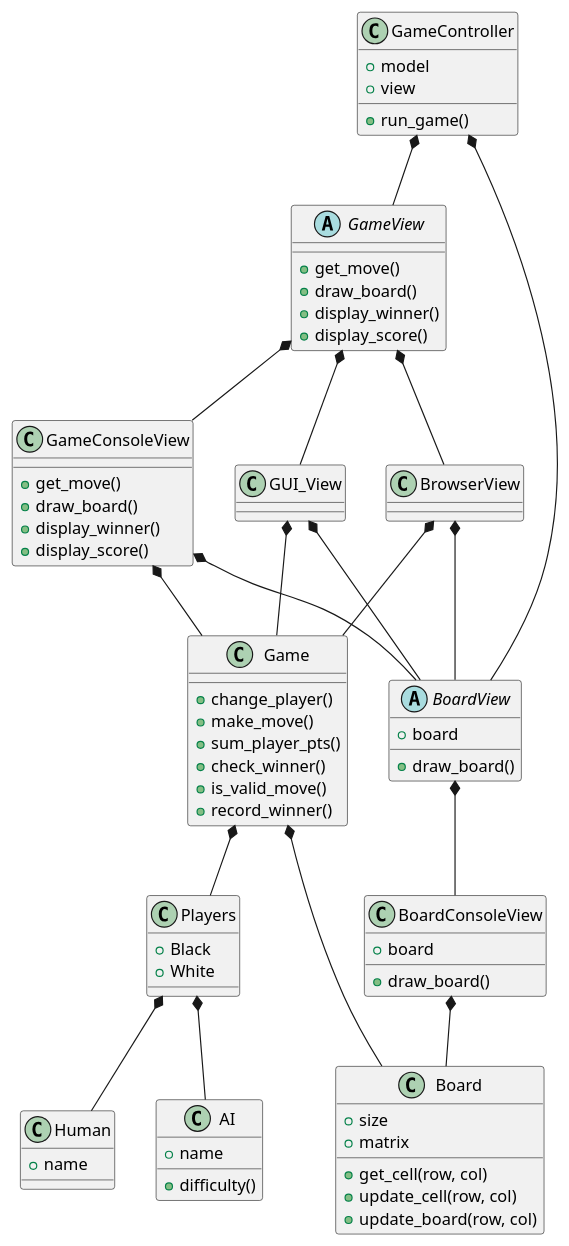
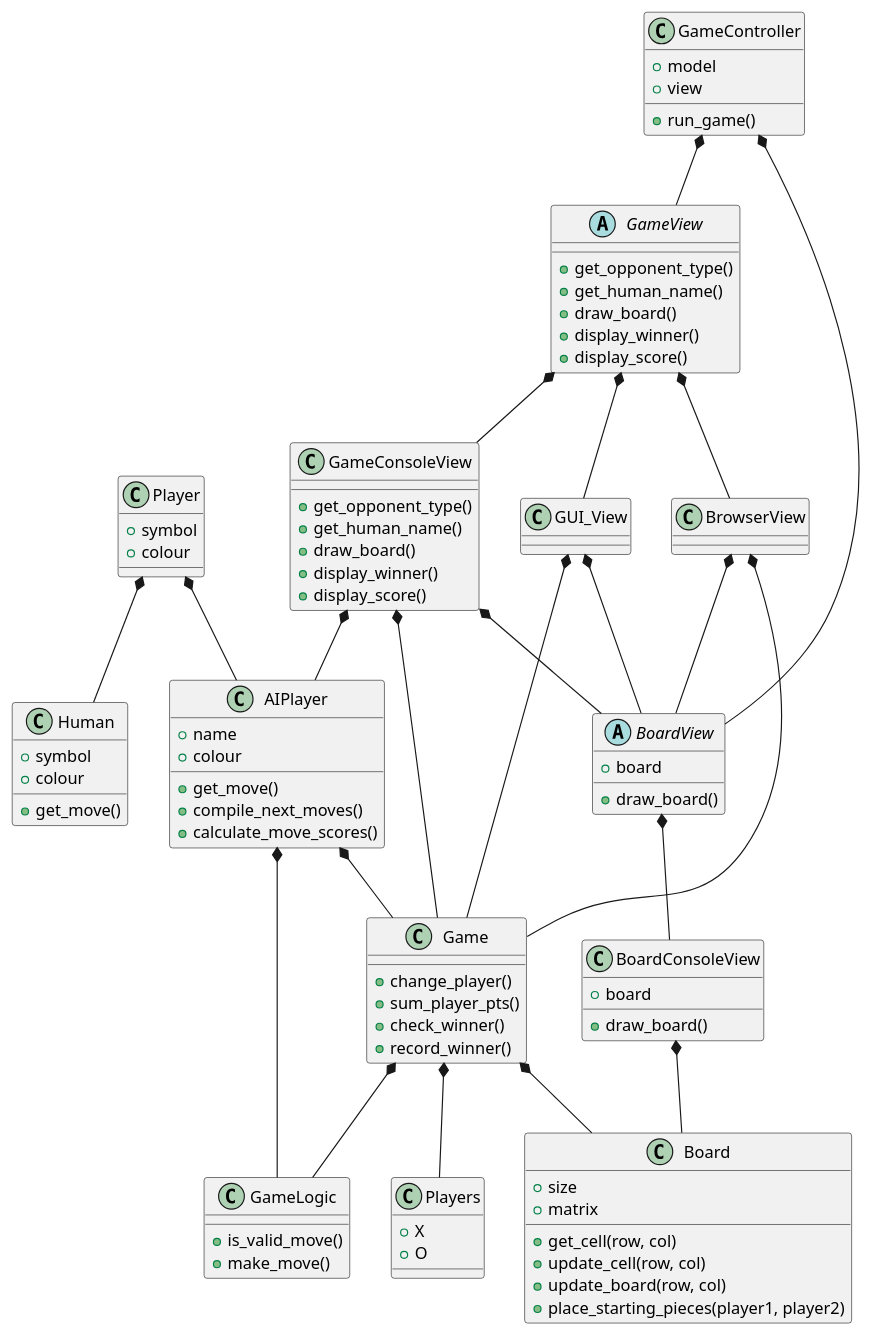
One commit to asherbillinkoff/reversi changed the diagram in reversi.puml. Above: the diagram before and after it, drawn with PlantUML. The commit also changed 16 other files, not shown here.

```diff
--- a/reversi.puml
+++ b/reversi.puml
@@ -1,86 +1,106 @@
 @startuml Reversi Class Diagram
 
-Players *-- Human
-Players *-- AI
+Player *-- Human
+Player *-- AIPlayer
+AIPlayer *-- Game
+AIPlayer *-- GameLogic
 Game *-- Players
 Game *-- Board
+Game *-- GameLogic
 GameConsoleView *-- Game
+GameConsoleView *-- AIPlayer
 BoardConsoleView *-- Board
 BoardView *-- BoardConsoleView
 GameConsoleView *-- BoardView
 GUI_View *-- Game
 GUI_View *-- BoardView
 BrowserView *-- BoardView
 BrowserView *-- Game
 GameView *-- GameConsoleView
 GameView *-- GUI_View
 GameView *-- BrowserView    
 GameController *-- BoardView
 GameController *-- GameView
 
 class Human {
-    + name
+    + symbol
+    + colour
+    + get_move()
 }
 
-class AI {
+class AIPlayer {
     + name
-    + difficulty()
+    + colour
+    + get_move()
+    + compile_next_moves()
+    + calculate_move_scores()
+}
+
+class Player {
+    + symbol
+    + colour
 }
 
 class Players {
-    + Black
-    + White
+    + X
+    + O
 }
 
 class Board {
     + size
     + matrix
     + get_cell(row, col)
     + update_cell(row, col)
     + update_board(row, col)
+    + place_starting_pieces(player1, player2)
 }
 
 class Game {
      + change_player()
-     + make_move()
      + sum_player_pts()
      + check_winner()
-     + is_valid_move()
      + record_winner()
 }
 
+class GameLogic {
+     + is_valid_move()
+     + make_move()
+}
+
 abstract class GameView {
-    + get_move()
+    + get_opponent_type()
+    + get_human_name()
     + draw_board()
     + display_winner()
     + display_score()
 }
 
 class GameConsoleView {
-    + get_move()
+    + get_opponent_type()
+    + get_human_name()
     + draw_board()
     + display_winner()
     + display_score()
 }
 
 abstract class BoardView {
     + board
     + draw_board()
 }
 
 class BoardConsoleView {
     + board
     + draw_board()
 }
 
 class GUI_View {}
 
 class BrowserView {}
 
 class GameController {
     + model
     + view
     + run_game()
 }
 
 @enduml
```
